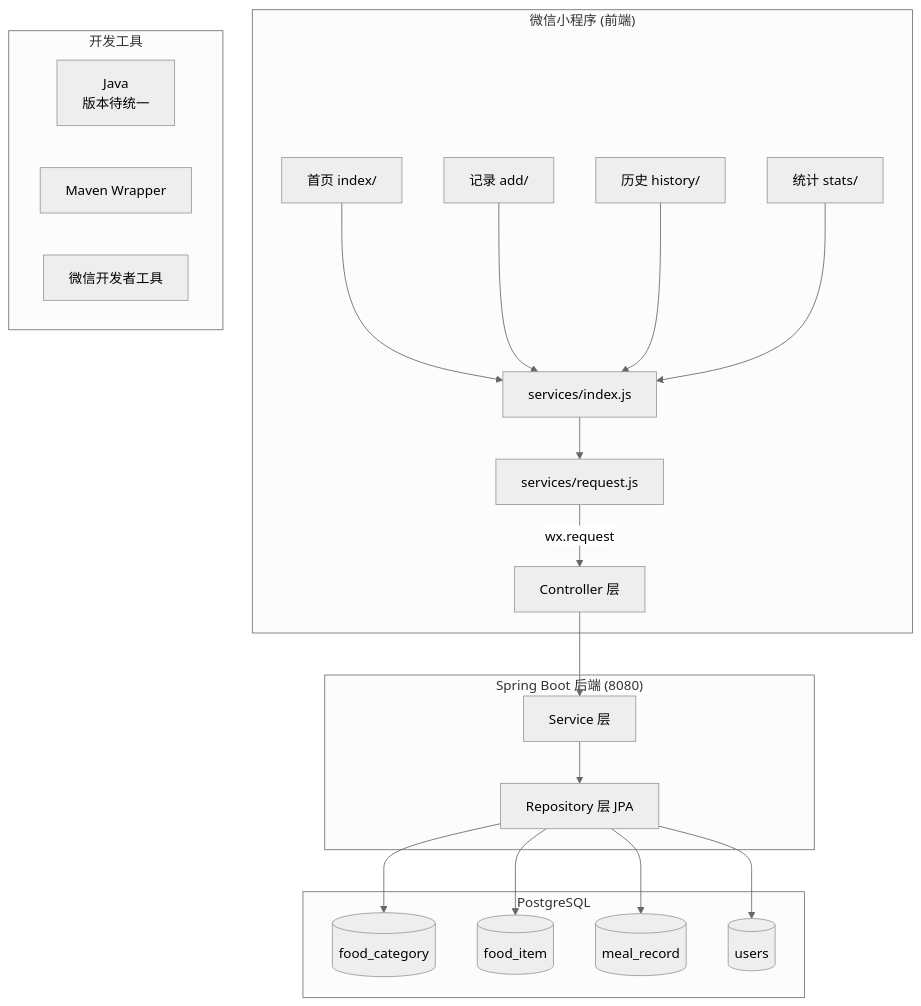
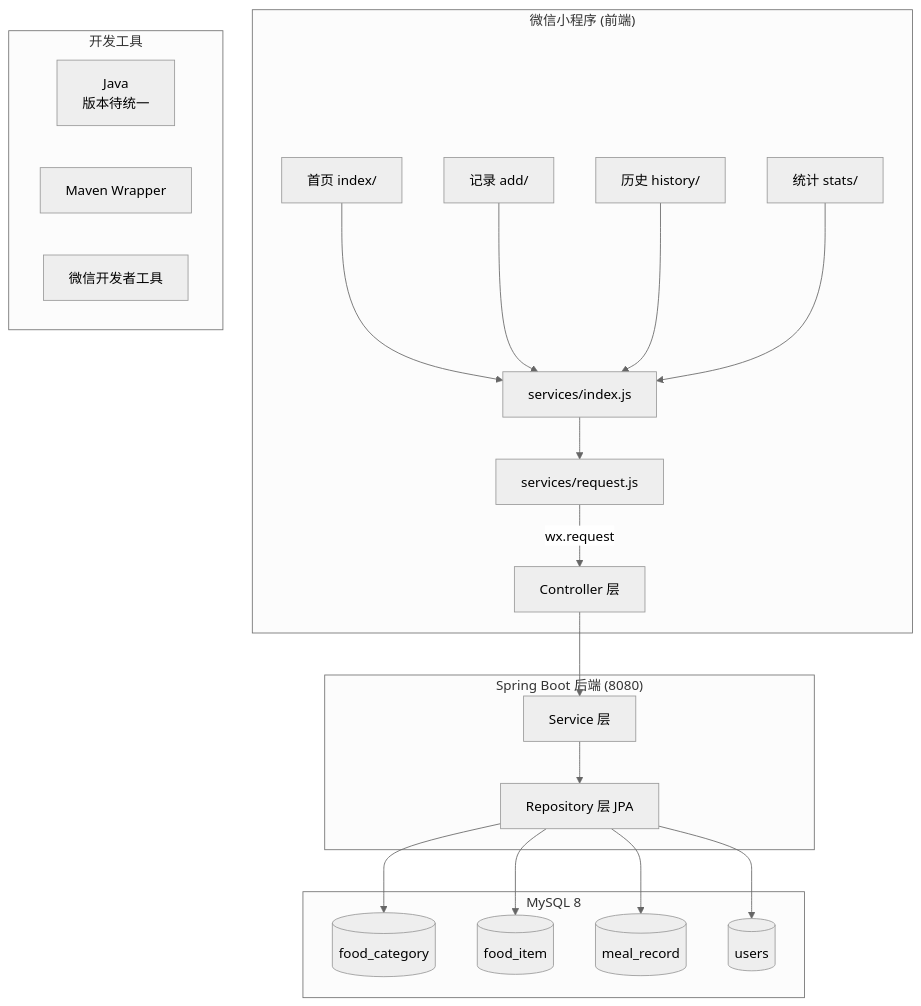
One commit to Lanlnn/diet-tracker changed the diagram in docs/architecture.md. Above: the diagram before and after it, drawn with Mermaid (neutral theme). The commit also changed other lines of this file and 36 other files, not shown here.

````diff
--- a/docs/architecture.md
+++ b/docs/architecture.md
@@ -7,33 +7,33 @@
 ```mermaid
 graph TB
     subgraph "微信小程序 (前端)"
         A1[首页 index/] --> API[services/index.js]
         A2[记录 add/] --> API
         A3[历史 history/] --> API
         A4[统计 stats/] --> API
         API --> REQ[services/request.js]
         REQ --> |wx.request| B1
     end
 
     subgraph "Spring Boot 后端 (8080)"
         B1[Controller 层] --> B2[Service 层]
         B2 --> B3[Repository 层 JPA]
     end
 
-    subgraph "PostgreSQL"
+    subgraph "MySQL 8"
         C1[(food_category)]
         C2[(food_item)]
         C3[(meal_record)]
         C4[(users)]
         B3 --> C1
         B3 --> C2
         B3 --> C3
         B3 --> C4
     end
 
     subgraph "开发工具"
         D1[Java<br/>版本待统一]
         D2[Maven Wrapper]
         D3[微信开发者工具]
     end
 ```
````
